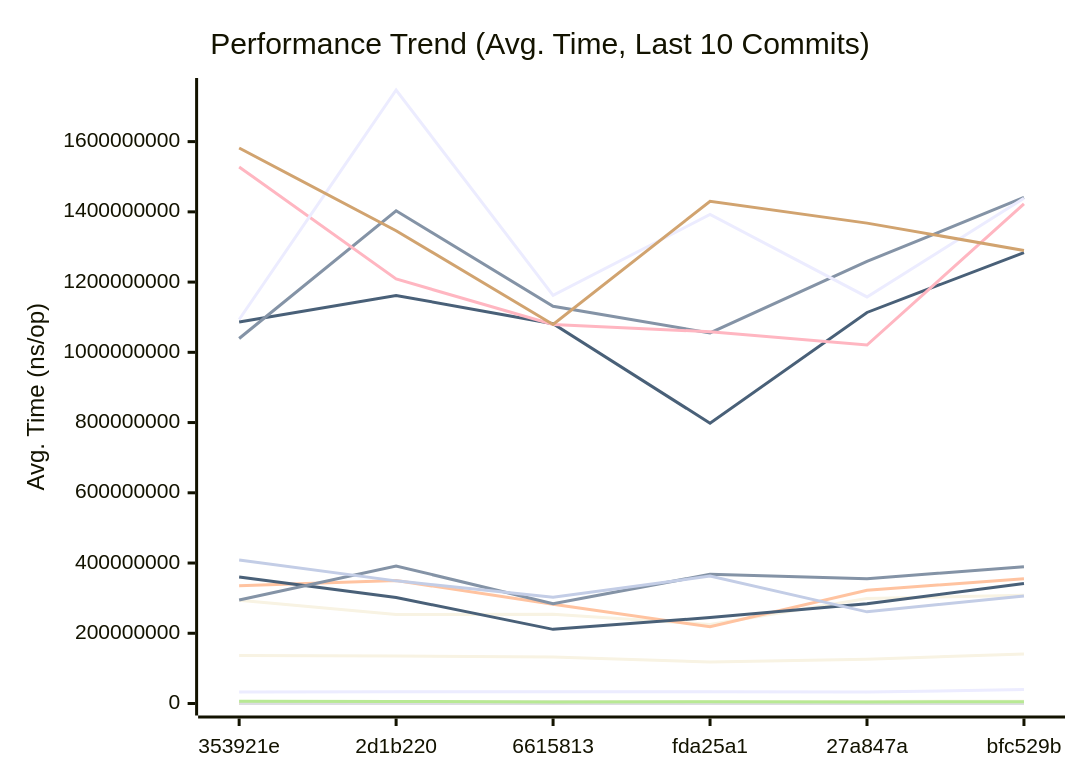
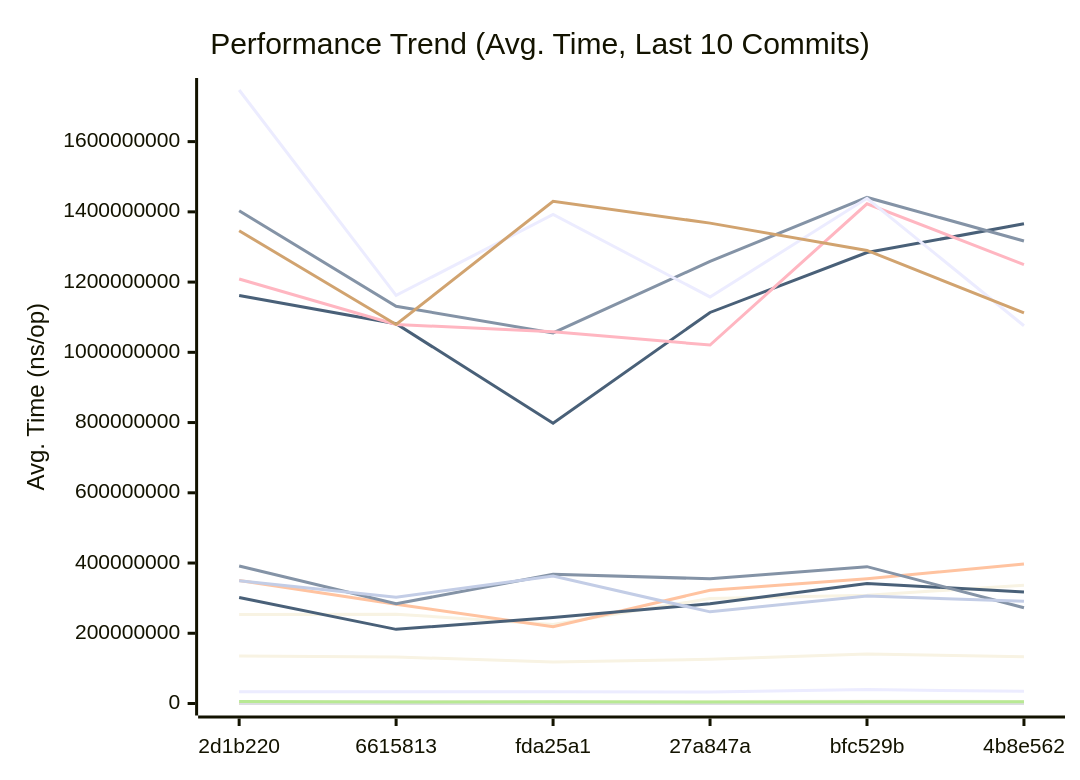
The first of 3 diagrams in docs/PERFORMANCE.md (alsotoes/momo), drawn with Mermaid before and after one commit. The commit also changed other lines of this file and 2 other files, not shown here.

````diff
--- a/docs/PERFORMANCE.md
+++ b/docs/PERFORMANCE.md
@@ -260,44 +260,44 @@
 ```mermaid
 xychart-beta
     title "Performance Trend (Avg. Time, Last 10 Commits)"
     x-axis "Commit"
     y-axis "Avg. Time (ns/op)"
-    x-axis [353921e,2d1b220,6615813,fda25a1,27a847a,bfc529b]
-    line "AWSChunkedReaderSigned" [636346,690357,622918,512707,501241,721946,582789,741042,596016,541759]
-    line "AWSChunkedReaderUnsigned" [613680,684347,616129,457742,556893,695362,580668,721611,624951,521049]
-    line "CheckMetricsAndSwap" [13,14,14,10,10,14,9,14,13,11]
-    line "CrushOptimized" [383,433,463,354,433,532,484,492,487,522]
-    line "CrushOriginal" [678,598,642,502,597,715,641,734,697,658]
-    line "FormatListObjectsV2XML_AppendFormat" [876655,1035620,900618,648718,775274,1080271,993577,1117129,928365,977381]
-    line "FormatListObjectsV2XML_OldFormat" [499237,554225,498654,406141,479265,671030,530555,661534,521514,565611]
-    line "HashBytes/1MiB" [3806841,4997033,4520322,3555390,4784039,3995457,4596495,5621676,4965423,4315588]
-    line "HashBytes/256MiB" [1086104803,1161959394,1081431052,798133130,1113482493,1284091050,1365990323,1502178110,1211052717,1048575116]
-    line "HashBytes/64MiB" [294324496,253497415,254442334,225124511,298951068,308162718,336895373,359262045,339981640,213869807]
-    line "HashFile/1MiB" [4355866,5020414,4836717,3959247,3915050,5430358,4960660,5725417,5039192,3960989]
-    line "HashFile/256MiB" [1039461142,1402967574,1130963414,1055197690,1258679744,1441073207,1316970291,1477907273,1193078064,1177833636]
-    line "HashFile/64MiB" [335648128,350050718,282645449,218474314,322488540,355303054,397283922,342325433,356293580,288277413]
-    line "IndexDirectTracking" [0,1,1,0,1,1,1,1,0,0]
-    line "IndexSearch" [2,3,2,2,2,3,2,3,2,2]
-    line "LastModifiedHeader_AppendFormat" [0,0,0,0,0,0,273,377,411,306]
-    line "LastModifiedHeader_Format" [0,0,0,0,0,0,359,474,418,381]
-    line "LoadGlobalConfig" [12586,12915,11283,9939,13465,16787,14343,16534,15639,12955]
-    line "LocalWrite/1MiB" [533203,606315,575526,474416,479322,627788,515217,653242,620492,558337]
-    line "LocalWrite/256MiB" [137014284,135157963,132539343,118094125,126110483,141240477,133129249,171131397,136595670,121311016]
-    line "LocalWrite/64MiB" [32925149,33266024,33235605,33404598,32661319,39561620,34587683,41271450,35901035,33613673]
-    line "PadString" [66,65,63,47,69,97,85,78,64,59]
+    x-axis [2d1b220,6615813,fda25a1,27a847a,bfc529b,4b8e562]
+    line "AWSChunkedReaderSigned" [690357,622918,512707,501241,721946,582789,741042,596016,541759,554800]
+    line "AWSChunkedReaderUnsigned" [684347,616129,457742,556893,695362,580668,721611,624951,521049,581740]
+    line "CheckMetricsAndSwap" [14,14,10,10,14,9,14,13,11,12]
+    line "CrushOptimized" [433,463,354,433,532,484,492,487,522,363]
+    line "CrushOriginal" [598,642,502,597,715,641,734,697,658,647]
+    line "FormatListObjectsV2XML_AppendFormat" [1035620,900618,648718,775274,1080271,993577,1117129,928365,977381,898486]
+    line "FormatListObjectsV2XML_OldFormat" [554225,498654,406141,479265,671030,530555,661534,521514,565611,503389]
+    line "HashBytes/1MiB" [4997033,4520322,3555390,4784039,3995457,4596495,5621676,4965423,4315588,3618889]
+    line "HashBytes/256MiB" [1161959394,1081431052,798133130,1113482493,1284091050,1365990323,1502178110,1211052717,1048575116,1201286487]
+    line "HashBytes/64MiB" [253497415,254442334,225124511,298951068,308162718,336895373,359262045,339981640,213869807,301162837]
+    line "HashFile/1MiB" [5020414,4836717,3959247,3915050,5430358,4960660,5725417,5039192,3960989,4760647]
+    line "HashFile/256MiB" [1402967574,1130963414,1055197690,1258679744,1441073207,1316970291,1477907273,1193078064,1177833636,1006415705]
+    line "HashFile/64MiB" [350050718,282645449,218474314,322488540,355303054,397283922,342325433,356293580,288277413,240359009]
+    line "IndexDirectTracking" [1,1,0,1,1,1,1,0,0,0]
+    line "IndexSearch" [3,2,2,2,3,2,3,2,2,2]
+    line "LastModifiedHeader_AppendFormat" [0,0,0,0,0,273,377,411,306,291]
+    line "LastModifiedHeader_Format" [0,0,0,0,0,359,474,418,381,345]
+    line "LoadGlobalConfig" [12915,11283,9939,13465,16787,14343,16534,15639,12955,12190]
+    line "LocalWrite/1MiB" [606315,575526,474416,479322,627788,515217,653242,620492,558337,524282]
+    line "LocalWrite/256MiB" [135157963,132539343,118094125,126110483,141240477,133129249,171131397,136595670,121311016,122106179]
+    line "LocalWrite/64MiB" [33266024,33235605,33404598,32661319,39561620,34587683,41271450,35901035,33613673,28590856]
+    line "PadString" [65,63,47,69,97,85,78,64,59,66]
     line "ParseReplicationOrder_NoPrealloc" [350,349,357,354,345,225,229,165,232,234]
     line "ParseReplicationOrder_Prealloc" [229,231,237,234,229,108,107,80,110,109]
-    line "Placement" [6982,6435,6648,4864,6529,7421,7230,7696,7054,7086]
-    line "PlacementDomainSpread" [6165,7125,6936,5246,8024,8867,7769,8677,7666,6917]
-    line "ReadVerify/1MiB" [4349552,4844958,4821081,3882918,3731377,5836051,3976066,5316396,4787467,3900770]
-    line "ReadVerify/256MiB" [1527966144,1208865206,1079520105,1058504265,1020754000,1422892660,1249941171,1356438969,1338425672,1103105249]
-    line "ReadVerify/64MiB" [360046306,301883250,211152290,244603172,284251269,341875566,317667291,337069645,347180139,259882135]
-    line "S3PutSpool/1MiB" [4040951,5594802,4971787,5964641,5931927,6588614,5572982,6149011,5304842,5592080]
-    line "S3PutSpool/256MiB" [1093403586,1746985899,1161989262,1392397511,1157791795,1438649885,1075603816,1551204244,1298058993,1269281522]
-    line "S3PutSpool/64MiB" [294844128,391765533,283817898,367879613,355148274,389689212,272526470,362667390,347153910,296132654]
-    line "SanitizeLog/Safe" [277,365,264,226,242,388,301,419,341,309]
-    line "SanitizeLog/Unsafe" [1098,1183,1013,768,930,1274,1021,1210,1000,1005]
-    line "TrustedRead/1MiB" [6674262,5737318,4407789,4777459,4326085,5334409,5277115,5559663,5638483,4655498]
-    line "TrustedRead/256MiB" [1581862210,1346158360,1079106743,1430194708,1367894050,1290238092,1112381854,1466748131,1031346576,1173571296]
-    line "TrustedRead/64MiB" [408809763,349215436,302381501,362734452,260957497,306360304,291068280,376225072,296255358,281349472]
+    line "Placement" [6435,6648,4864,6529,7421,7230,7696,7054,7086,6141]
+    line "PlacementDomainSpread" [7125,6936,5246,8024,8867,7769,8677,7666,6917,6176]
+    line "ReadVerify/1MiB" [4844958,4821081,3882918,3731377,5836051,3976066,5316396,4787467,3900770,3383659]
+    line "ReadVerify/256MiB" [1208865206,1079520105,1058504265,1020754000,1422892660,1249941171,1356438969,1338425672,1103105249,1170100253]
+    line "ReadVerify/64MiB" [301883250,211152290,244603172,284251269,341875566,317667291,337069645,347180139,259882135,240879749]
+    line "S3PutSpool/1MiB" [5594802,4971787,5964641,5931927,6588614,5572982,6149011,5304842,5592080,5587762]
+    line "S3PutSpool/256MiB" [1746985899,1161989262,1392397511,1157791795,1438649885,1075603816,1551204244,1298058993,1269281522,1304442018]
+    line "S3PutSpool/64MiB" [391765533,283817898,367879613,355148274,389689212,272526470,362667390,347153910,296132654,317372640]
+    line "SanitizeLog/Safe" [365,264,226,242,388,301,419,341,309,277]
+    line "SanitizeLog/Unsafe" [1183,1013,768,930,1274,1021,1210,1000,1005,1021]
+    line "TrustedRead/1MiB" [5737318,4407789,4777459,4326085,5334409,5277115,5559663,5638483,4655498,3708543]
+    line "TrustedRead/256MiB" [1346158360,1079106743,1430194708,1367894050,1290238092,1112381854,1466748131,1031346576,1173571296,1073394044]
+    line "TrustedRead/64MiB" [349215436,302381501,362734452,260957497,306360304,291068280,376225072,296255358,281349472,260468873]
 ```
````
